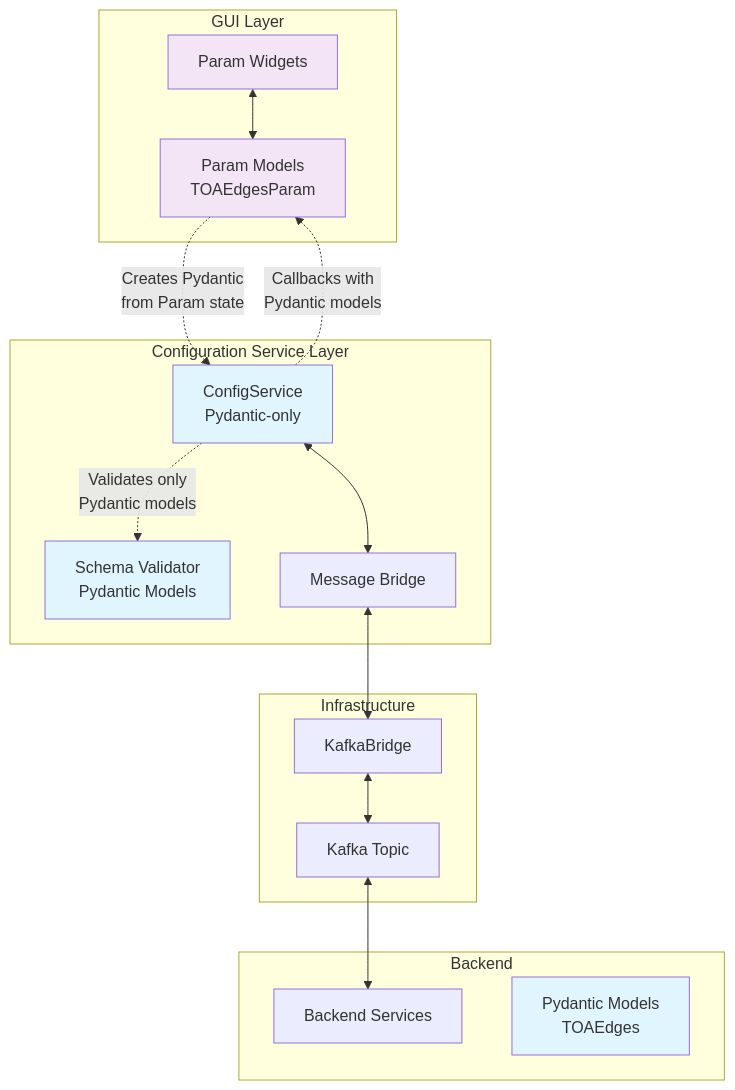
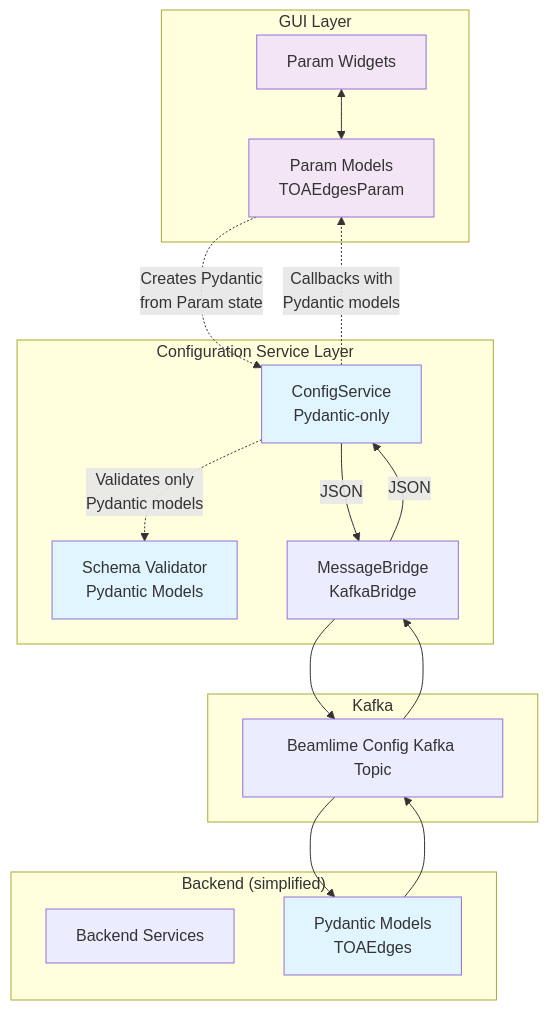
Before and after one commit to scipp/beamlime: the third of 12 diagrams in docs/developer/design/dashboard-architecture.md, drawn with Mermaid. The commit also changed other lines of this file, not shown here.

Commit message:
Clarify diagram

````diff
--- a/docs/developer/design/dashboard-architecture.md
+++ b/docs/developer/design/dashboard-architecture.md
@@ -125,38 +125,39 @@
 ```mermaid
 graph TB
     subgraph "GUI Layer"
         PW[Param Widgets]
         PM[Param Models<br/>TOAEdgesParam]
     end
 
     subgraph "Configuration Service Layer"
         CS[ConfigService<br/>Pydantic-only]
         SV[Schema Validator<br/>Pydantic Models]
-        MB[Message Bridge]
+        MB[MessageBridge<br/>KafkaBridge]
     end
 
-    subgraph "Infrastructure"
-        KB[KafkaBridge]
-        KT[Kafka Topic]
+    subgraph "Kafka"
+        KT[Beamlime Config Kafka Topic]
     end
 
-    subgraph "Backend"
+    subgraph "Backend (simplified)"
         BE[Backend Services]
         PD[Pydantic Models<br/>TOAEdges]
     end
 
     PW <--> PM
     PM -.->|"Creates Pydantic<br/>from Param state"| CS
     CS -.->|"Validates only<br/>Pydantic models"| SV
-    CS <--> MB
-    MB <--> KB
-    KB <--> KT
-    KT <--> BE
+    CS -- JSON --> MB
+    MB  --> KT
+    KT  --> MB
+    MB -- JSON --> CS
     CS -.->|"Callbacks with<br/>Pydantic models"| PM
+    KT --> PD
+    PD --> KT
 
     classDef pydantic fill:#e1f5fe
     classDef param fill:#f3e5f5
 
     class PD,CS,SV pydantic
     class PM,PW param
 ```
````
